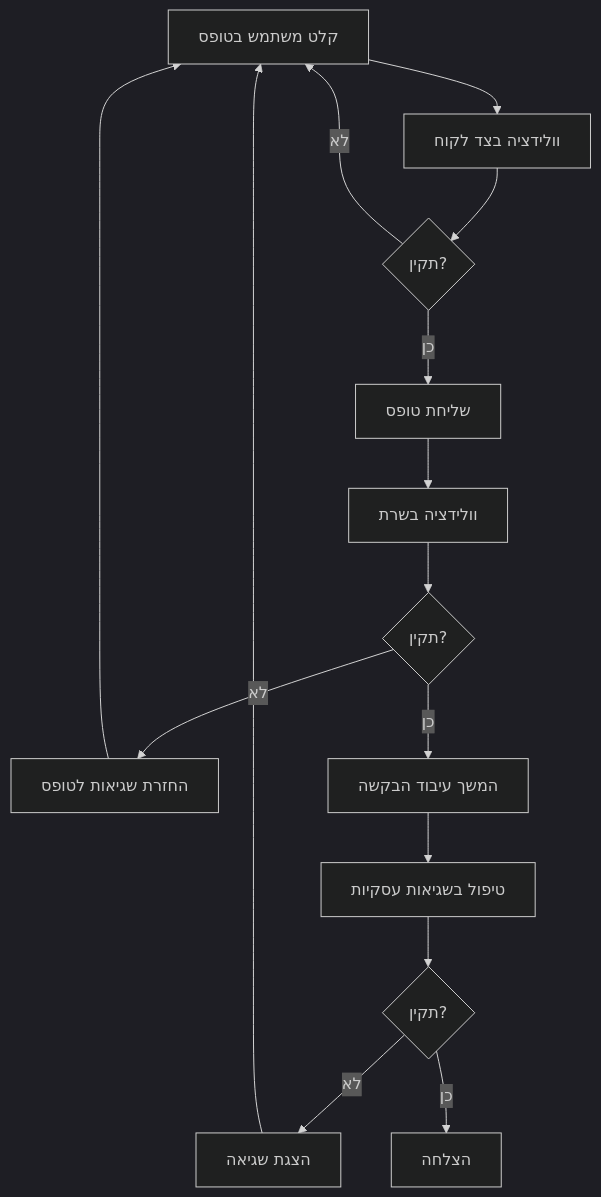
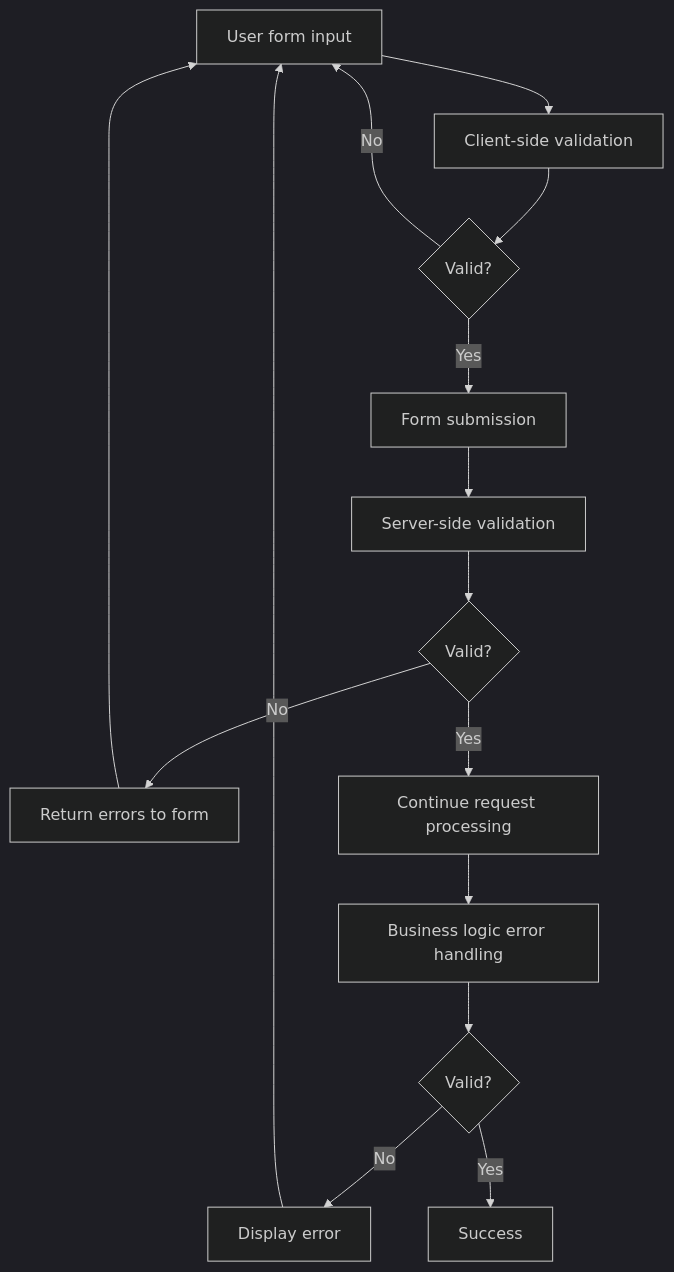
One commit to EliGuriel/Course_Meeting5 changed the fifth of 11 diagrams in Stage6/תיעוד פרויקט ניהול משתמשים ותפקידים - Stage6.md. Above: the diagram before and after it, drawn with Mermaid (dark theme). The commit also changed other lines of this file and 19 other files, not shown here.

````diff
--- a/Stage6/תיעוד פרויקט ניהול משתמשים ותפקידים - Stage6.md
+++ b/Stage6/תיעוד פרויקט ניהול משתמשים ותפקידים - Stage6.md
@@ -403,17 +403,17 @@
 ```mermaid
 graph TD
-    A[קלט משתמש בטופס] --> B[וולידציה בצד לקוח]
-    B --> C{תקין?}
-    C -- לא --> A
-    C -- כן --> D[שליחת טופס]
-    D --> E[וולידציה בשרת]
-    E --> F{תקין?}
-    F -- לא --> G[החזרת שגיאות לטופס]
+    A[User form input] --> B[Client-side validation]
+    B --> C{Valid?}
+    C -- No --> A
+    C -- Yes --> D[Form submission]
+    D --> E[Server-side validation]
+    E --> F{Valid?}
+    F -- No --> G[Return errors to form]
     G --> A
-    F -- כן --> H[המשך עיבוד הבקשה]
-    H --> I[טיפול בשגיאות עסקיות]
-    I --> J{תקין?}
-    J -- לא --> K[הצגת שגיאה]
+    F -- Yes --> H[Continue request processing]
+    H --> I[Business logic error handling]
+    I --> J{Valid?}
+    J -- No --> K[Display error]
     K --> A
-    J -- כן --> L[הצלחה]
+    J -- Yes --> L[Success]
 ```
````
